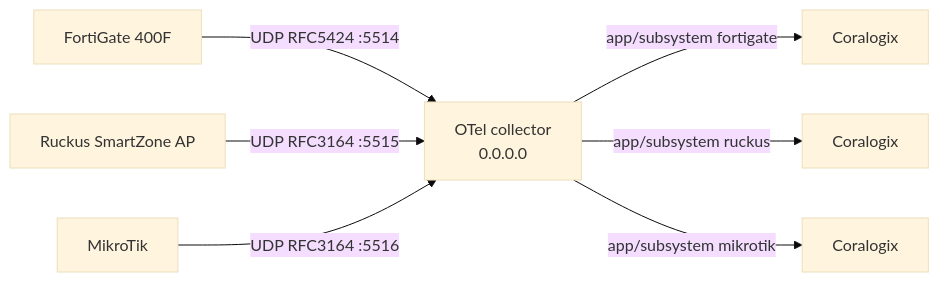
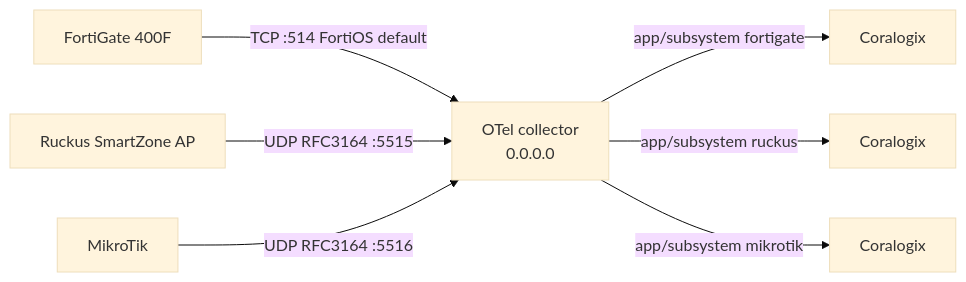
The diagram in README.md (qibal-act/syslog-cx), drawn with Mermaid (base theme) before and after one commit. The commit also changed other lines of this file and 3 other files, not shown here.

````diff
--- a/README.md
+++ b/README.md
@@ -16,9 +18,9 @@
 ```mermaid
 flowchart LR
-  FGT[FortiGate 400F] -->|UDP RFC5424 :5514| COL[OTel collector<br/>0.0.0.0]
+  FGT[FortiGate 400F] -->|TCP :514 FortiOS default| COL[OTel collector<br/>0.0.0.0]
   RUCK[Ruckus SmartZone AP] -->|UDP RFC3164 :5515| COL
   MT[MikroTik] -->|UDP RFC3164 :5516| COL
   COL -->|app/subsystem fortigate| CX1[Coralogix]
   COL -->|app/subsystem ruckus| CX2[Coralogix]
   COL -->|app/subsystem mikrotik| CX3[Coralogix]
 ```
````
